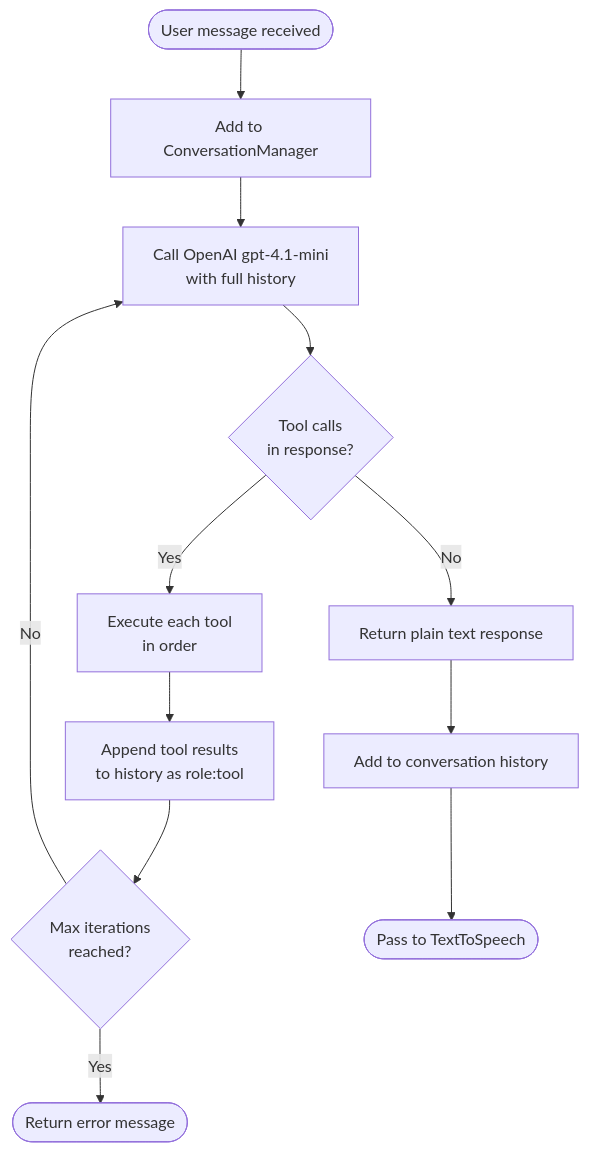
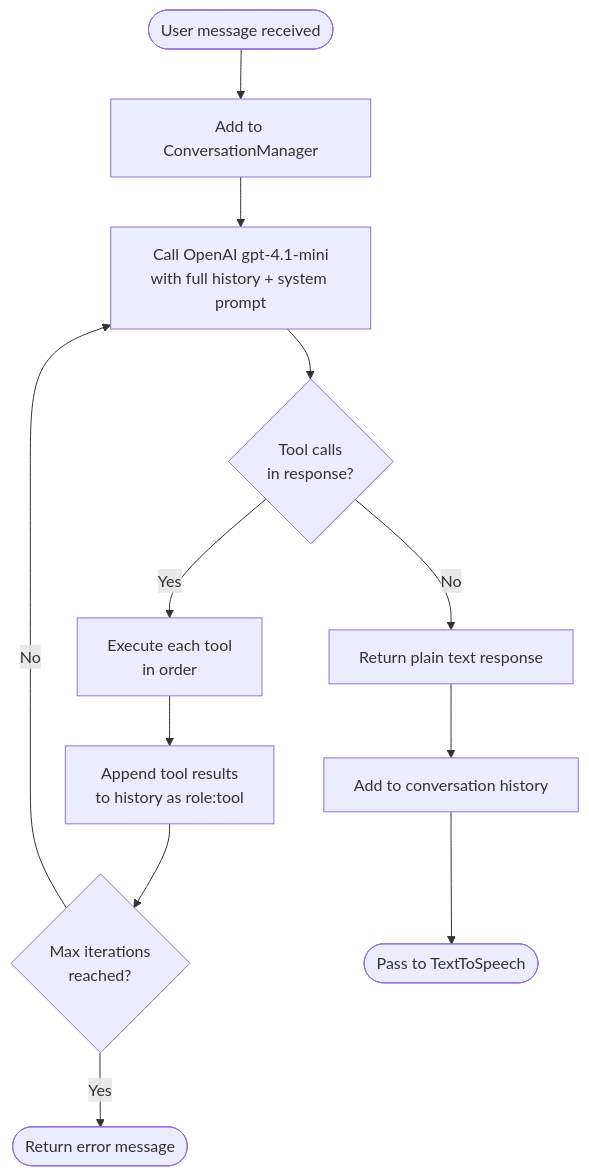
One commit to Akshumishra/VaaniAI changed the fourth of 6 diagrams in docs/technical_design.md. Above: the diagram before and after it, drawn with Mermaid. The commit also changed other lines of this file and 1 other file, not shown here.

Commit message:
docs: add project architecture and technical design documentation

````diff
--- a/docs/technical_design.md
+++ b/docs/technical_design.md
@@ -191,16 +190,16 @@
 ```mermaid
 flowchart TD
     Start([User message received]) --> AddHistory[Add to ConversationManager]
-    AddHistory --> CallLLM[Call OpenAI gpt-4.1-mini\nwith full history]
+    AddHistory --> CallLLM["Call OpenAI gpt-4.1-mini\nwith full history + system prompt"]
     CallLLM --> HasToolCalls{Tool calls\nin response?}
 
     HasToolCalls -- Yes --> ExecTool[Execute each tool\nin order]
     ExecTool --> AppendResult[Append tool results\nto history as role:tool]
     AppendResult --> CheckIter{Max iterations\nreached?}
     CheckIter -- No --> CallLLM
     CheckIter -- Yes --> Error([Return error message])
 
     HasToolCalls -- No --> FinalResponse[Return plain text response]
     FinalResponse --> AddAssistant[Add to conversation history]
     AddAssistant --> TTS([Pass to TextToSpeech])
 ```
````
